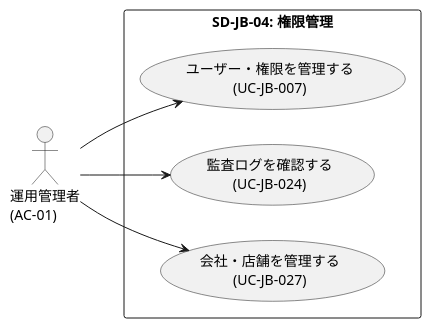
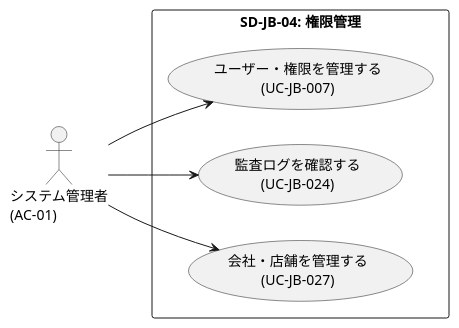
The fourth of 5 diagrams in docs/22 要件定義書/JB ジョブ管理/03 機能要件/JB-01 ジョブ実行管理/04.システム/08.DDDモデル候補/サブドメイン毎ユースケース図.md (mizo432/modulith-learning), drawn with PlantUML before and after one commit. The commit also changed other lines of this file and 96 other files, not shown here.

````diff
--- a/docs/22 要件定義書/JB ジョブ管理/03 機能要件/JB-01 ジョブ実行管理/04.システム/08.DDDモデル候補/サブドメイン毎ユースケース図.md
+++ b/docs/22 要件定義書/JB ジョブ管理/03 機能要件/JB-01 ジョブ実行管理/04.システム/08.DDDモデル候補/サブドメイン毎ユースケース図.md
@@ -186,19 +192,19 @@
 ```plantuml
 @startuml
 left to right direction
 skinparam packageStyle rectangle
 
-actor "運用管理者\n(AC-01)" as AC01
+actor "システム管理者\n(AC-01)" as AC01
 
 package "SD-JB-04: 権限管理" {
   usecase "ユーザー・権限を管理する\n(UC-JB-007)" as UC007
   usecase "監査ログを確認する\n(UC-JB-024)" as UC024
   usecase "会社・店舗を管理する\n(UC-JB-027)" as UC027
 }
 
 AC01 --> UC007
 AC01 --> UC024
 AC01 --> UC027
 
 @enduml
 ```
````
